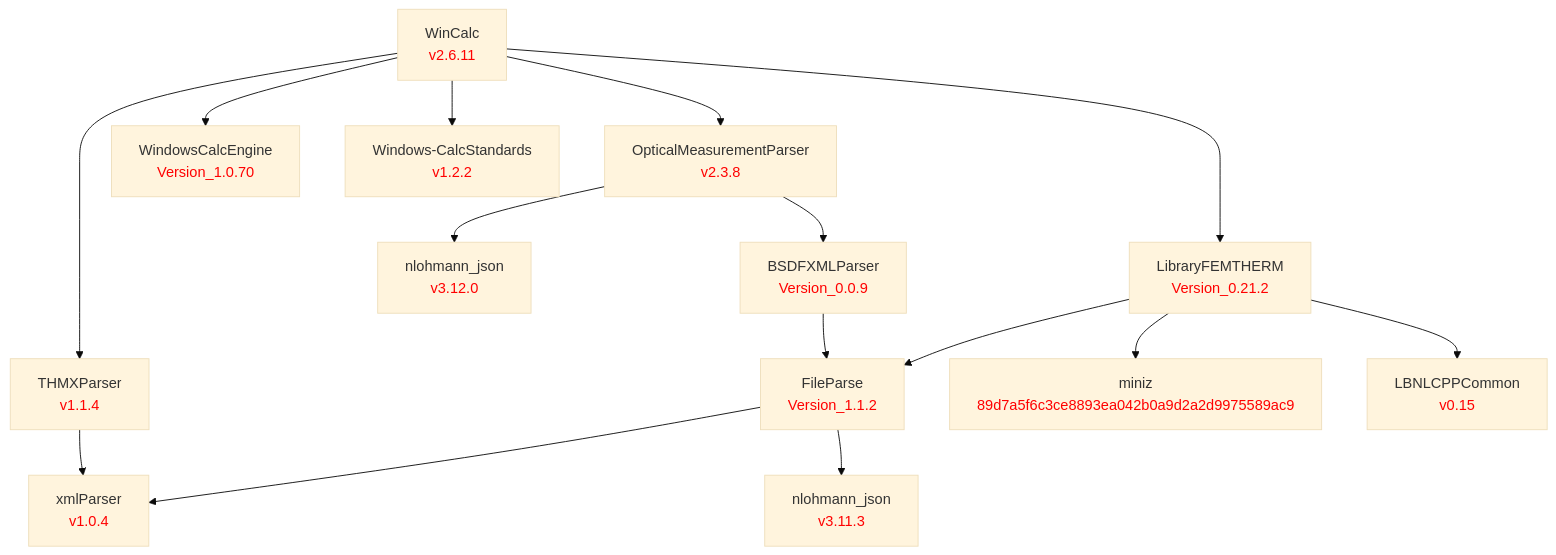
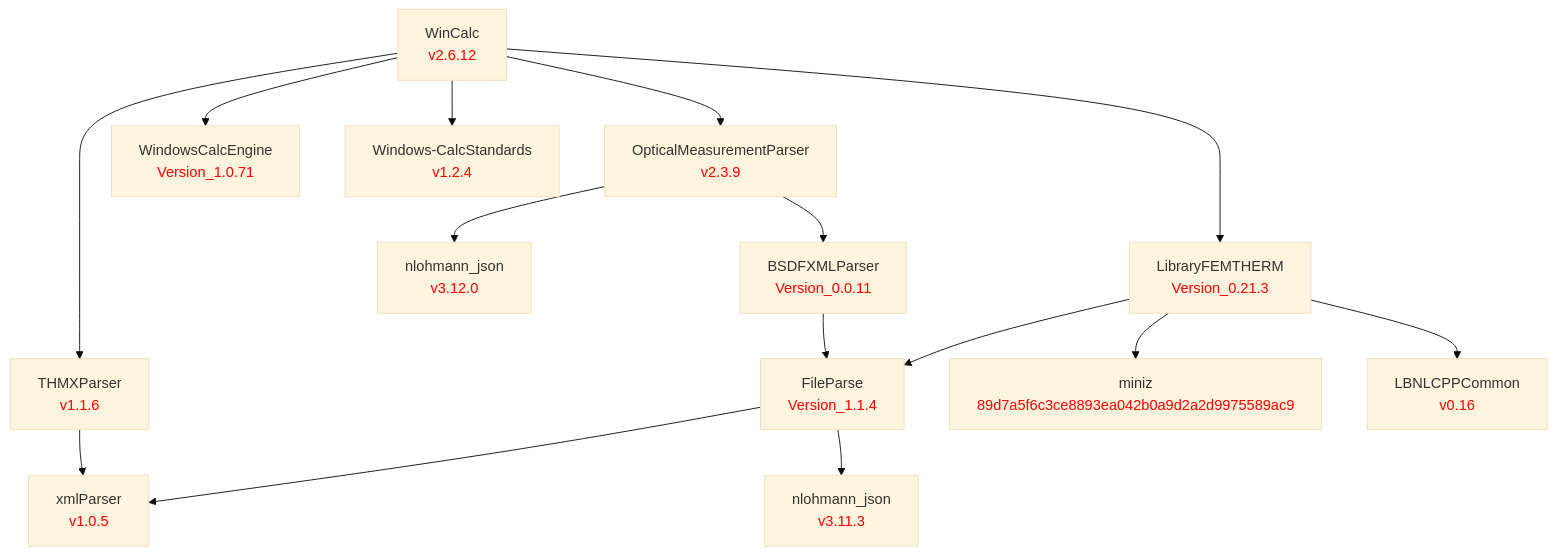
One commit to LBNL-ETA/WinCalc changed the diagram in doc/WinCalc.md. Above: the diagram before and after it, drawn with Mermaid (base theme). The commit also changed 5 other files, not shown here.

````diff
--- a/doc/WinCalc.md
+++ b/doc/WinCalc.md
@@ -1,49 +1,49 @@
 ```mermaid
 graph TD
     %% Level 0
-    WinCalc[WinCalc<br/><font color='red'>v2.6.11</font>]
+    WinCalc[WinCalc<br/><font color='red'>v2.6.12</font>]
 
     %% Level 1 - direct dependencies
-    OpticalMeasurementParser[OpticalMeasurementParser<br/><font color='red'>v2.3.8</font>]
-    THMXParser[THMXParser<br/><font color='red'>v1.1.4</font>]
-    WindowsCalcEngine[WindowsCalcEngine<br/><font color='red'>Version_1.0.70</font>]
-    Windows-CalcStandards[Windows-CalcStandards<br/><font color='red'>v1.2.2</font>]
-    LibraryFEMTHERM[LibraryFEMTHERM<br/><font color='red'>Version_0.21.2</font>]
+    OpticalMeasurementParser[OpticalMeasurementParser<br/><font color='red'>v2.3.9</font>]
+    THMXParser[THMXParser<br/><font color='red'>v1.1.6</font>]
+    WindowsCalcEngine[WindowsCalcEngine<br/><font color='red'>Version_1.0.71</font>]
+    Windows-CalcStandards[Windows-CalcStandards<br/><font color='red'>v1.2.4</font>]
+    LibraryFEMTHERM[LibraryFEMTHERM<br/><font color='red'>Version_0.21.3</font>]
 
     %% Level 2
     nlohmann_omp[nlohmann_json<br/><font color='red'>v3.12.0</font>]
-    BSDFXMLParser[BSDFXMLParser<br/><font color='red'>Version_0.0.9</font>]
-    FileParse[FileParse<br/><font color='red'>Version_1.1.2</font>]
+    BSDFXMLParser[BSDFXMLParser<br/><font color='red'>Version_0.0.11</font>]
+    FileParse[FileParse<br/><font color='red'>Version_1.1.4</font>]
     miniz[miniz<br/><font color='red'>89d7a5f6c3ce8893ea042b0a9d2a2d9975589ac9</font>]
-    LBNLCPPCommon[LBNLCPPCommon<br/><font color='red'>v0.15</font>]
+    LBNLCPPCommon[LBNLCPPCommon<br/><font color='red'>v0.16</font>]
 
     %% Level 3
-    xmlParser[xmlParser<br/><font color='red'>v1.0.4</font>]
+    xmlParser[xmlParser<br/><font color='red'>v1.0.5</font>]
     nlohmann_fp[nlohmann_json<br/><font color='red'>v3.11.3</font>]
 
     %% WinCalc dependencies
     WinCalc --> OpticalMeasurementParser
     WinCalc --> THMXParser
     WinCalc --> WindowsCalcEngine
     WinCalc --> Windows-CalcStandards
     WinCalc --> LibraryFEMTHERM
 
     %% OpticalMeasurementParser dependencies
     OpticalMeasurementParser --> nlohmann_omp
     OpticalMeasurementParser --> BSDFXMLParser
 
     %% LibraryFEMTHERM dependencies
     LibraryFEMTHERM --> FileParse
     LibraryFEMTHERM --> miniz
     LibraryFEMTHERM --> LBNLCPPCommon
 
     %% BSDFXMLParser dependencies
     BSDFXMLParser --> FileParse
 
     %% FileParse dependencies
     FileParse --> xmlParser
     FileParse --> nlohmann_fp
 
     %% THMXParser dependencies
     THMXParser --> xmlParser
 ```
````
